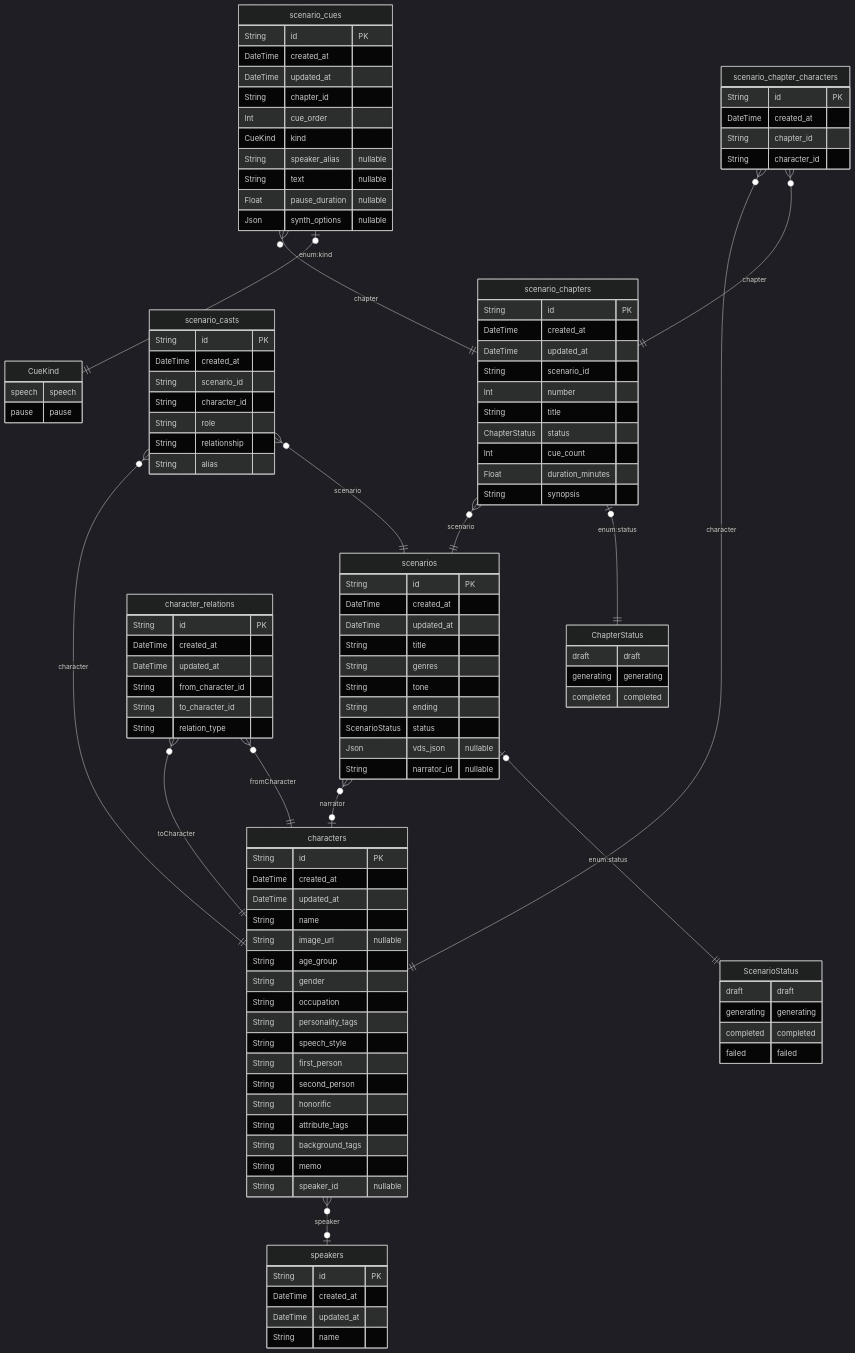
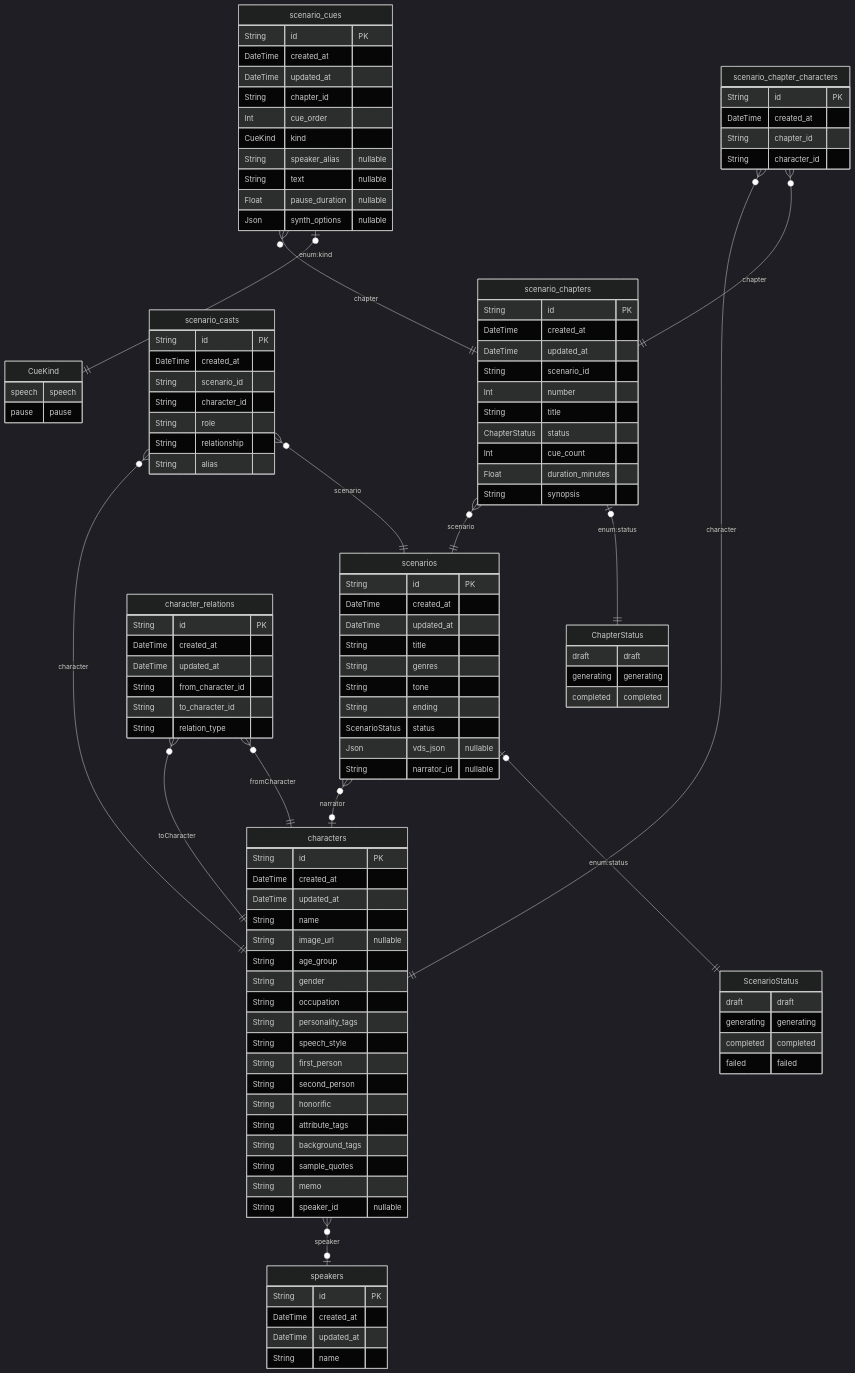
One commit to tkgstrator/Irodori-TTS-Discord-Bot changed the diagram in packages/web/prisma/ERD.md. Above: the diagram before and after it, drawn with Mermaid (dark theme). The commit also changed 19 other files, not shown here.

Commit message:
feat(characters): add sample quotes and speaker imports

```diff
--- a/packages/web/prisma/ERD.md
+++ b/packages/web/prisma/ERD.md
@@ -39,6 +39,7 @@
     String honorific 
     String attribute_tags 
     String background_tags 
+    String sample_quotes 
     String memo 
     String speaker_id "nullable"
     }
```
